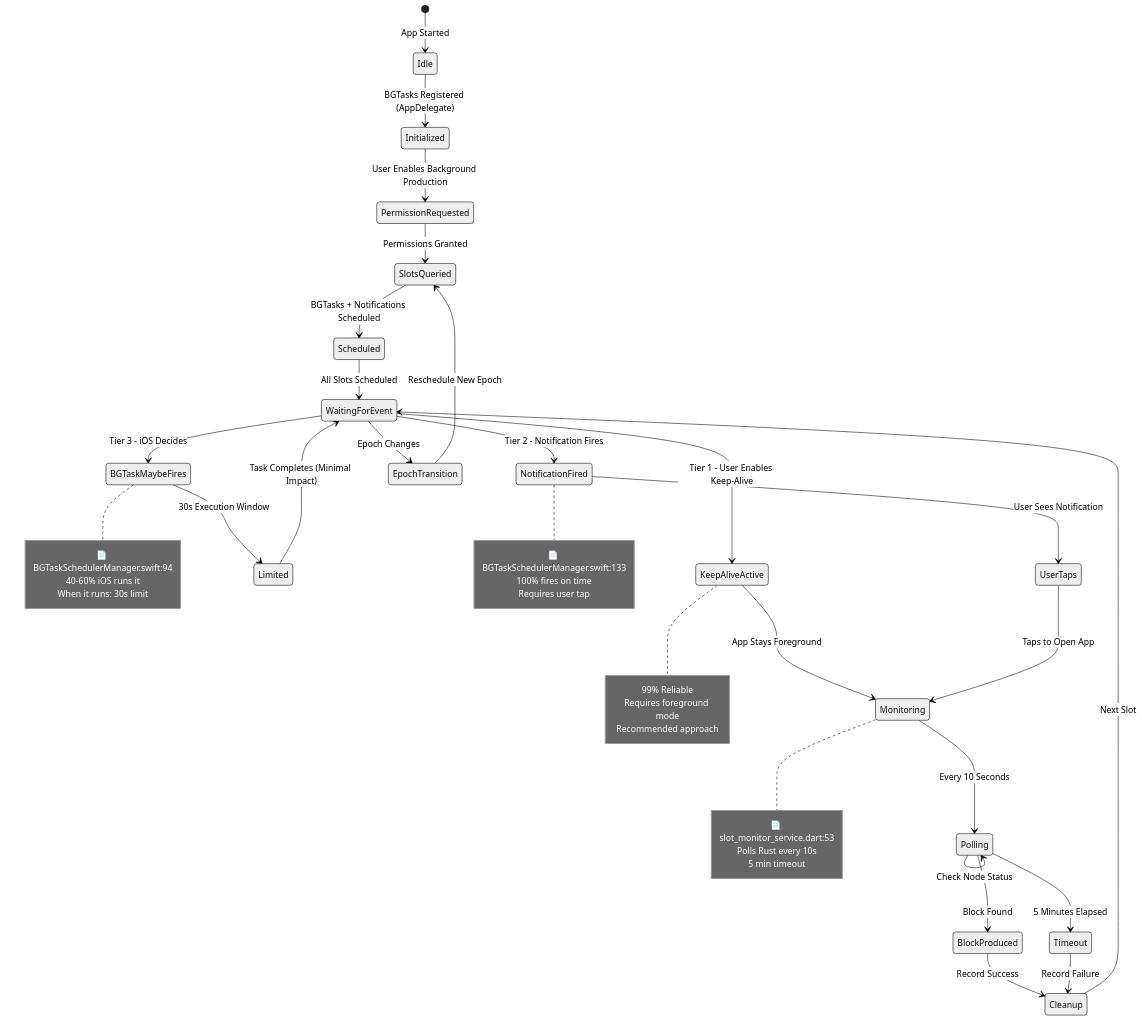
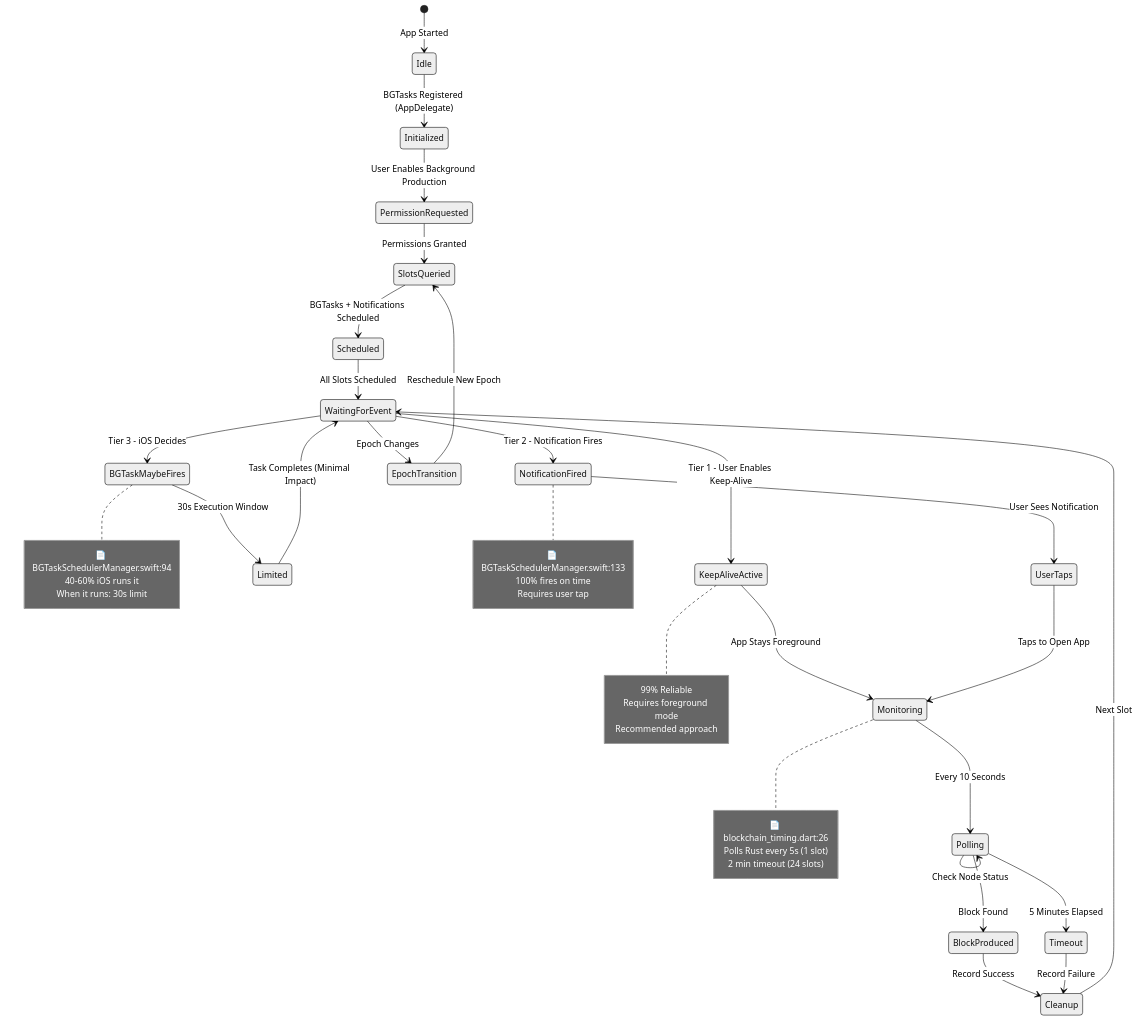
One commit to Usernode-Labs/flutter-mobile-app changed the fourth of 5 diagrams in docs/ios_background_block_production_flow.md. Above: the diagram before and after it, drawn with Mermaid (neutral theme). The commit also changed other lines of this file and 18 other files, not shown here.

````diff
--- a/docs/ios_background_block_production_flow.md
+++ b/docs/ios_background_block_production_flow.md
@@ -283,56 +283,56 @@
 ```mermaid
 stateDiagram-v2
     [*] --> Idle: App Started
     Idle --> Initialized: BGTasks Registered (AppDelegate)
     Initialized --> PermissionRequested: User Enables Background Production
     PermissionRequested --> SlotsQueried: Permissions Granted
     SlotsQueried --> Scheduled: BGTasks + Notifications Scheduled
 
     Scheduled --> WaitingForEvent: All Slots Scheduled
 
     WaitingForEvent --> KeepAliveActive: Tier 1 - User Enables Keep-Alive
     WaitingForEvent --> NotificationFired: Tier 2 - Notification Fires
     WaitingForEvent --> BGTaskMaybeFires: Tier 3 - iOS Decides
 
     KeepAliveActive --> Monitoring: App Stays Foreground
     NotificationFired --> UserTaps: User Sees Notification
     UserTaps --> Monitoring: Taps to Open App
     BGTaskMaybeFires --> Limited: 30s Execution Window
     Limited --> WaitingForEvent: Task Completes (Minimal Impact)
 
     Monitoring --> Polling: Every 10 Seconds
     Polling --> Polling: Check Node Status
     Polling --> BlockProduced: Block Found
     Polling --> Timeout: 5 Minutes Elapsed
 
     BlockProduced --> Cleanup: Record Success
     Timeout --> Cleanup: Record Failure
     Cleanup --> WaitingForEvent: Next Slot
 
     WaitingForEvent --> EpochTransition: Epoch Changes
     EpochTransition --> SlotsQueried: Reschedule New Epoch
 
     note right of BGTaskMaybeFires
         📄 BGTaskSchedulerManager.swift:94
         40-60% iOS runs it
         When it runs: 30s limit
     end note
 
     note right of NotificationFired
         📄 BGTaskSchedulerManager.swift:133
         100% fires on time
         Requires user tap
     end note
 
     note right of KeepAliveActive
         99% Reliable
         Requires foreground mode
         Recommended approach
     end note
 
     note right of Monitoring
-        📄 slot_monitor_service.dart:53
-        Polls Rust every 10s
-        5 min timeout
+        📄 blockchain_timing.dart:26
+        Polls Rust every 5s (1 slot)
+        2 min timeout (24 slots)
     end note
 ```
````
